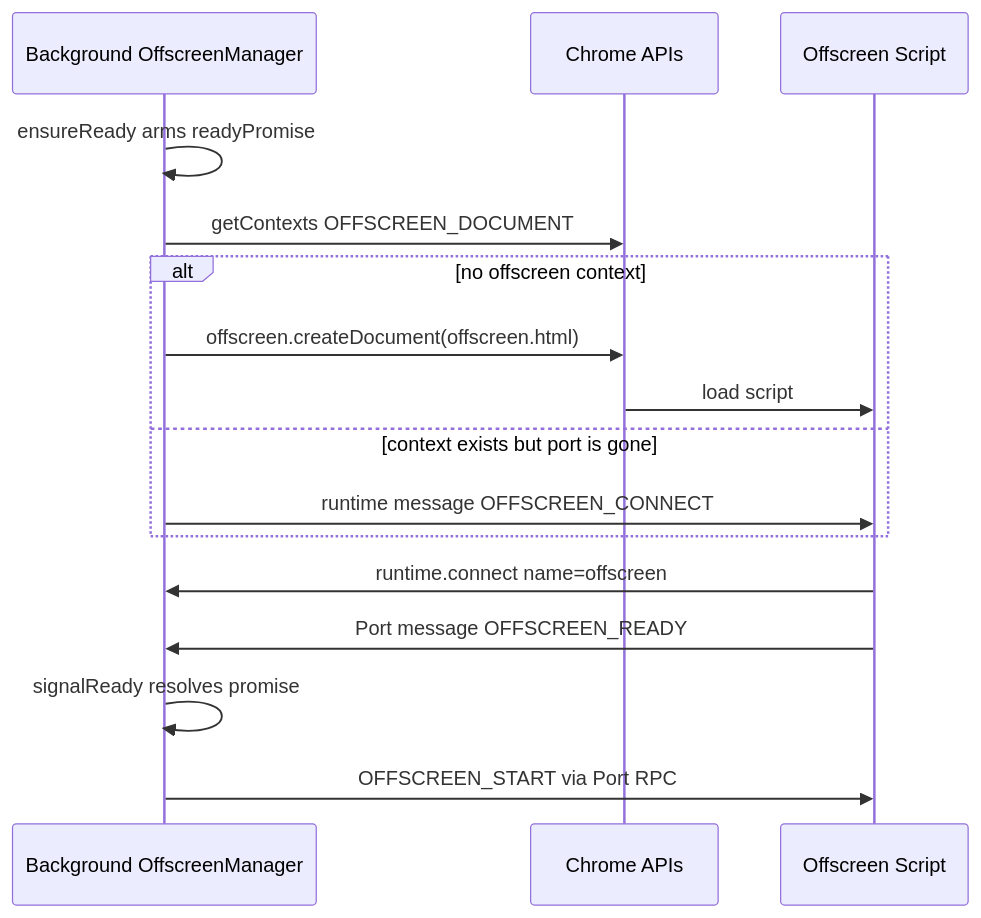
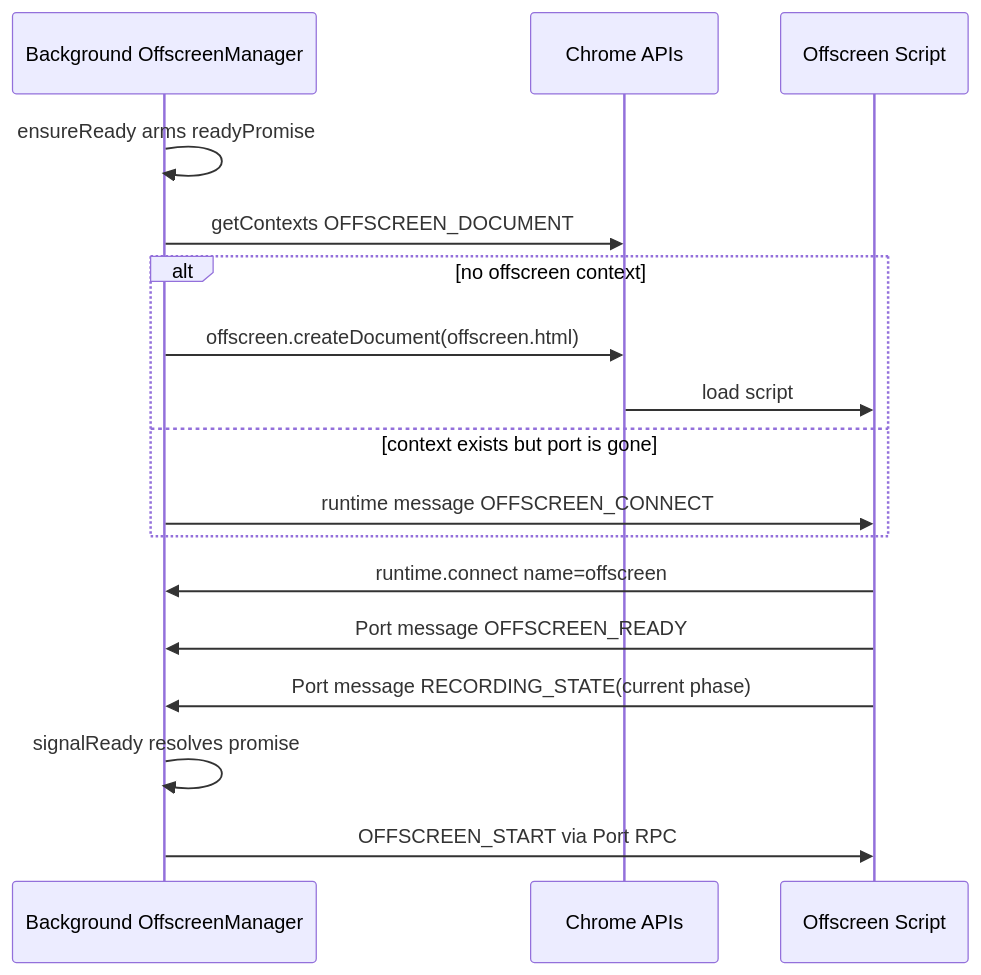
The fourth of 9 diagrams in Documentation.md (kstroevsky/chrome-meeting-recording-extension), drawn with Mermaid before and after one commit. The commit also changed other lines of this file, not shown here.

````diff
--- a/Documentation.md
+++ b/Documentation.md
@@ -193,21 +219,22 @@
 ```mermaid
 sequenceDiagram
     participant B as Background OffscreenManager
     participant API as Chrome APIs
     participant O as Offscreen Script
 
     B->>B: ensureReady arms readyPromise
     B->>API: getContexts OFFSCREEN_DOCUMENT
 
     alt no offscreen context
         B->>API: offscreen.createDocument(offscreen.html)
         API->>O: load script
     else context exists but port is gone
         B->>O: runtime message OFFSCREEN_CONNECT
     end
 
     O->>B: runtime.connect name=offscreen
     O->>B: Port message OFFSCREEN_READY
+    O->>B: Port message RECORDING_STATE(current phase)
     B->>B: signalReady resolves promise
     B->>O: OFFSCREEN_START via Port RPC
 ```
````
